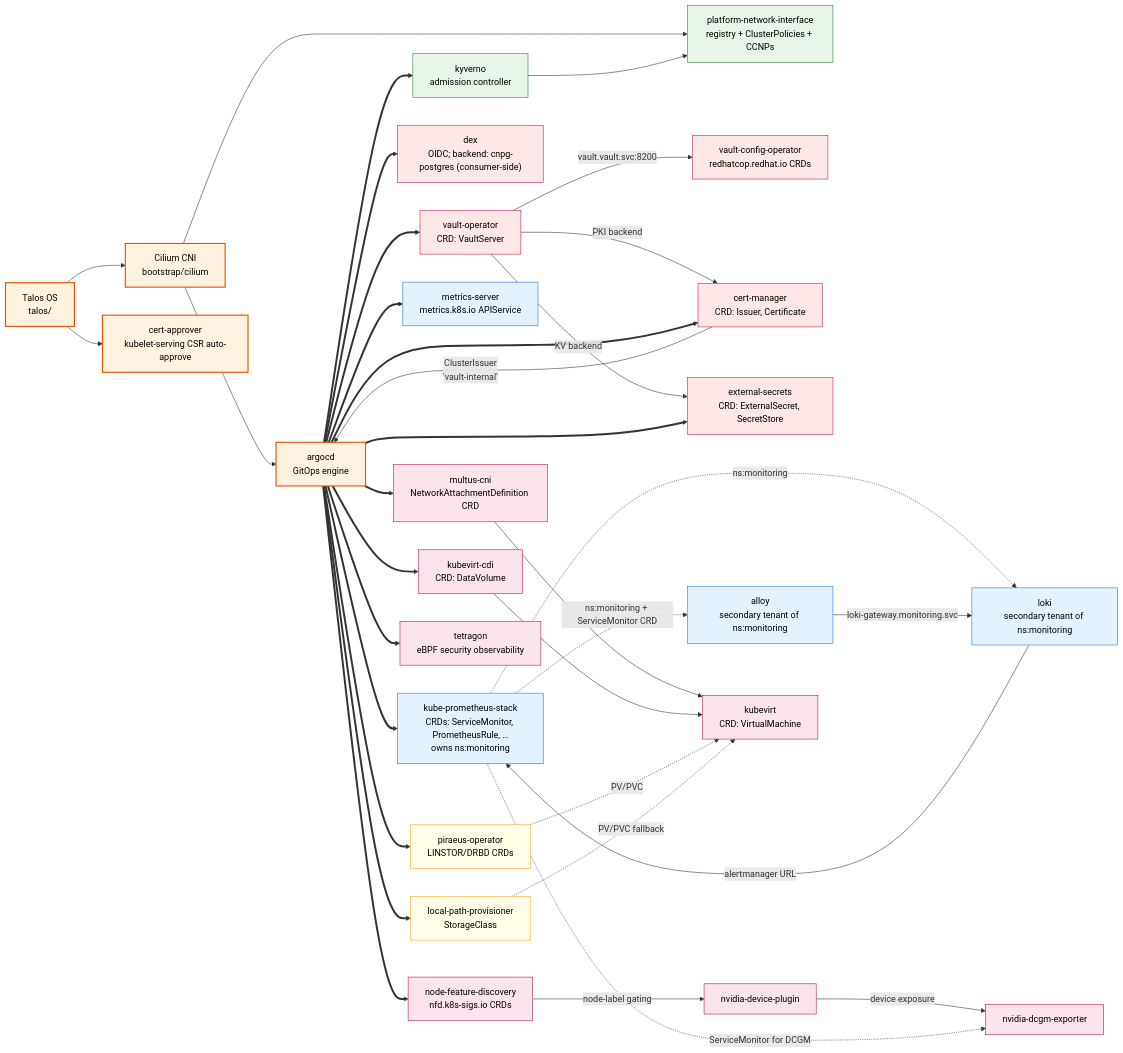
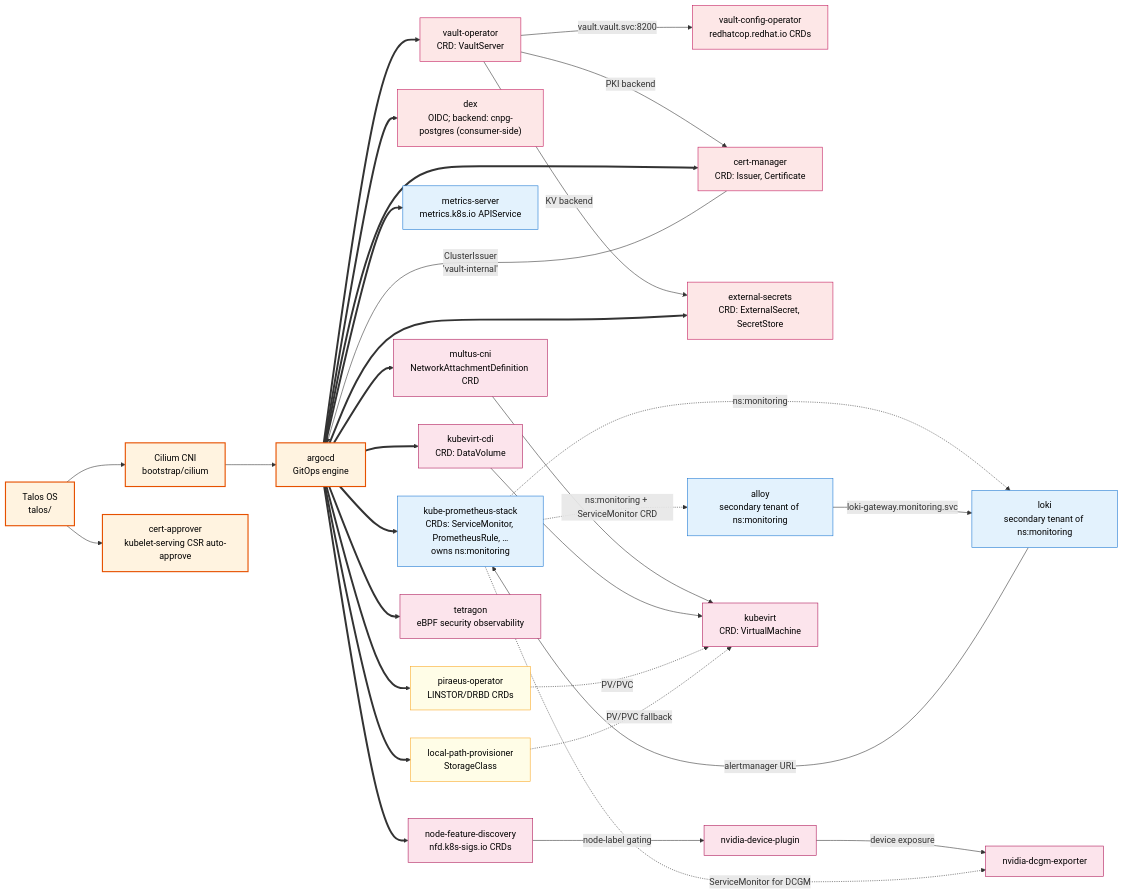
One commit to Nosmoht/talos-platform-base changed the diagram in docs/component-dependencies.md. Above: the diagram before and after it, drawn with Mermaid. The commit also changed other lines of this file and 208 other files, not shown here.

```diff
--- a/docs/component-dependencies.md
+++ b/docs/component-dependencies.md
@@ -45,14 +45,6 @@
 
   talos --> cilium --> argocd
   talos --> cert-approver
-
-  %% Policy + network contract ----------------------------------------
-  kyverno["kyverno<br/>admission controller"]:::policy
-  pni["platform-network-interface<br/>registry + ClusterPolicies + CCNPs"]:::policy
-
-  argocd ==> kyverno
-  cilium --> pni
-  kyverno --> pni
 
   %% Identity + secret chain ------------------------------------------
   vault-op["vault-operator<br/>CRD: VaultServer"]:::sec
```
